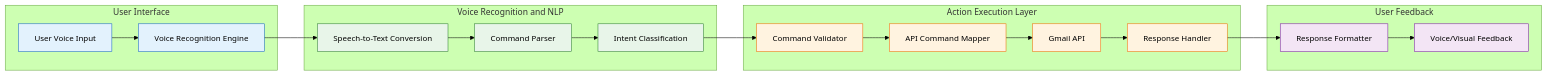
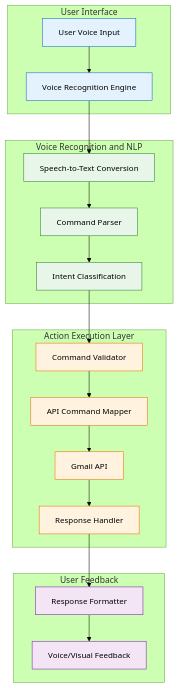
Before and after one commit to egoranuchin/ea-billing-platform-test: the diagram in tech-doc/tech-doc.md, drawn with Mermaid (forest theme).

Commit message:
mermaid fix

````diff
--- a/tech-doc/tech-doc.md
+++ b/tech-doc/tech-doc.md
@@ -31,35 +31,35 @@
 ```mermaid
-graph LR
+graph TD
     subgraph User Interface
         A[User Voice Input] --> B[Voice Recognition Engine]
     end
 
     subgraph Voice Recognition and NLP
         B --> C[Speech-to-Text Conversion]
         C --> D[Command Parser]
         D --> E[Intent Classification]
     end
 
     subgraph Action Execution Layer
         E --> F[Command Validator]
         F --> G[API Command Mapper]
         G --> H[Gmail API]
         H --> I[Response Handler]
     end
 
     subgraph User Feedback
         I --> J[Response Formatter]
         J --> K[Voice/Visual Feedback]
     end
 
     %% Styling
     classDef interface fill:#e3f2fd,stroke:#1565c0,font-size:15px
     classDef nlp fill:#e8f5e9,stroke:#2e7d32,font-size:15px
     classDef api fill:#fff3e0,stroke:#ef6c00,font-size:15px
     classDef feedback fill:#f3e5f5,stroke:#7b1fa2,font-size:15px
 
     class A,B interface
     class C,D,E nlp
     class F,G,H,I api
     class J,K feedback
 ```
````
